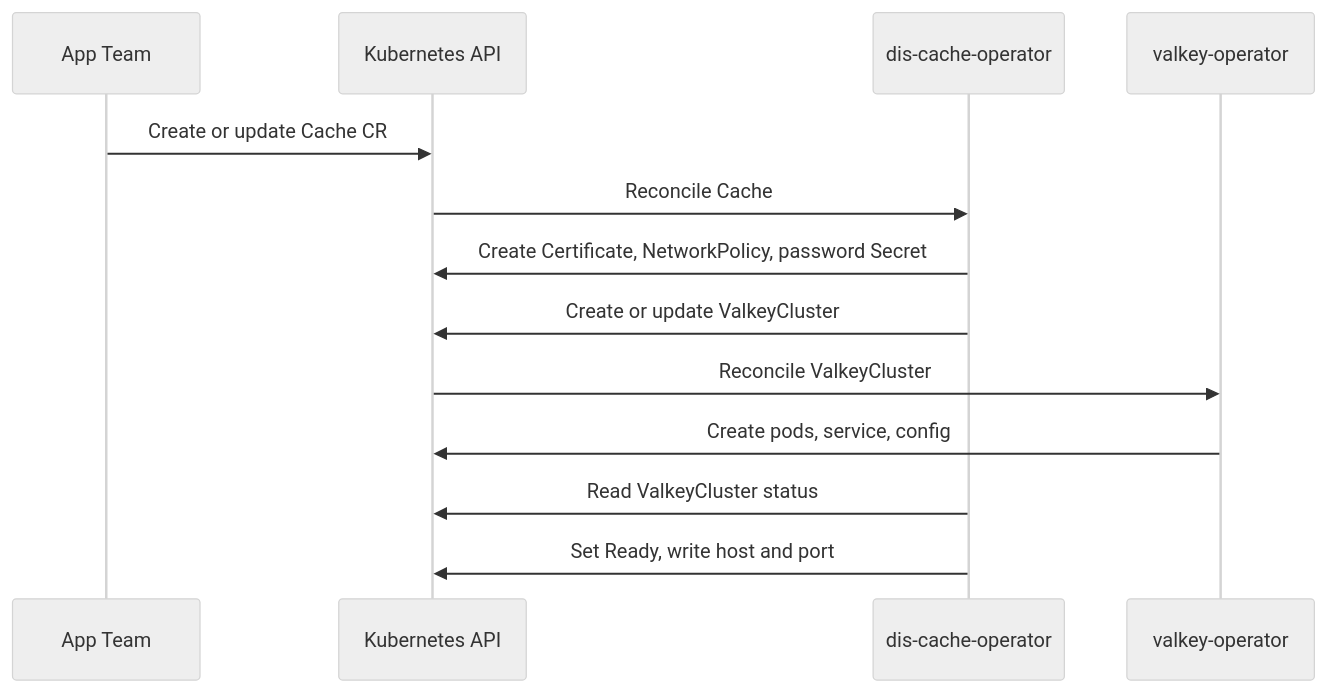
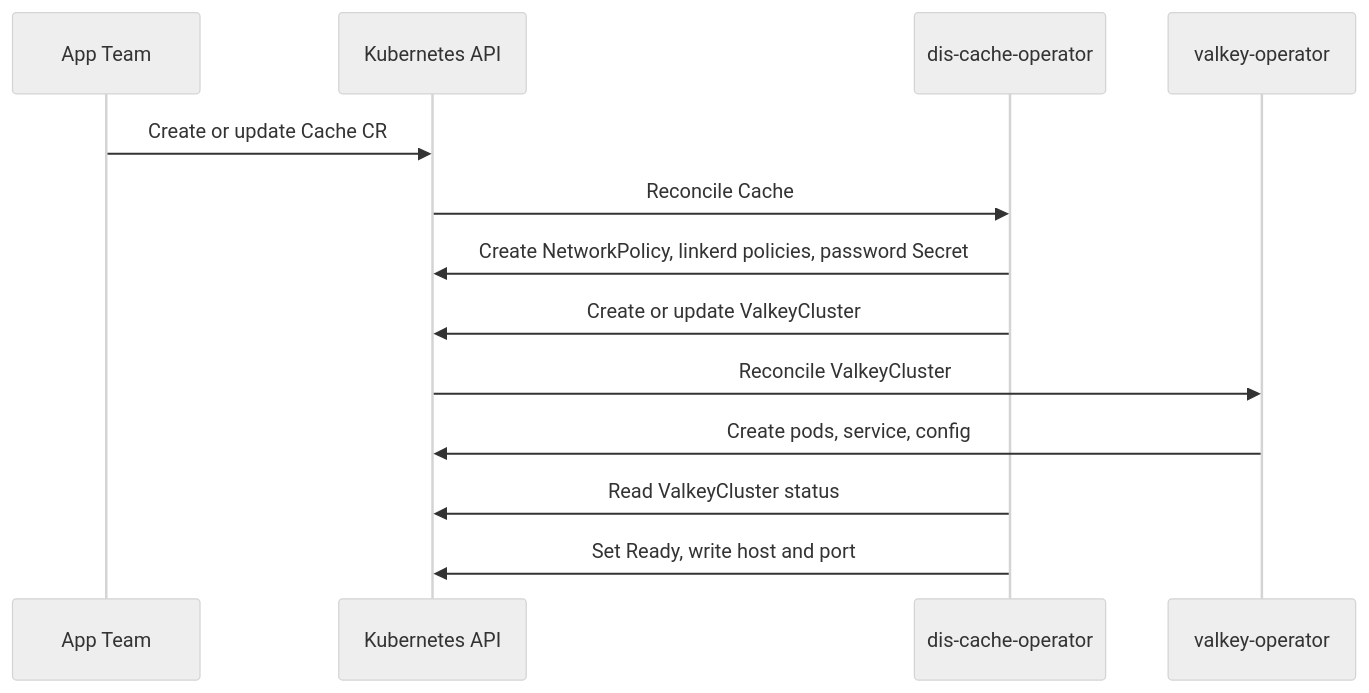
One commit to Altinn/altinn-platform changed the diagram in rfcs/0014-self-service-cache.md. Above: the diagram before and after it, drawn with Mermaid (neutral theme). The commit also changed other lines of this file, not shown here.

Commit message:
docs(rfcs): RFC 0014 access control via linkerd mTLS, password rotation, no cert-manager CA

````diff
--- a/rfcs/0014-self-service-cache.md
+++ b/rfcs/0014-self-service-cache.md
@@ -121,16 +136,16 @@
 ```mermaid
 sequenceDiagram
 participant dev as App Team
 participant kapi as Kubernetes API
 participant cacheop as dis-cache-operator
 participant valkeyop as valkey-operator
 
 dev->>kapi: Create or update Cache CR
 kapi->>cacheop: Reconcile Cache
-cacheop->>kapi: Create Certificate, NetworkPolicy, password Secret
+cacheop->>kapi: Create NetworkPolicy, linkerd policies, password Secret
 cacheop->>kapi: Create or update ValkeyCluster
 kapi->>valkeyop: Reconcile ValkeyCluster
 valkeyop->>kapi: Create pods, service, config
 cacheop->>kapi: Read ValkeyCluster status
 cacheop->>kapi: Set Ready, write host and port
 ```
````
